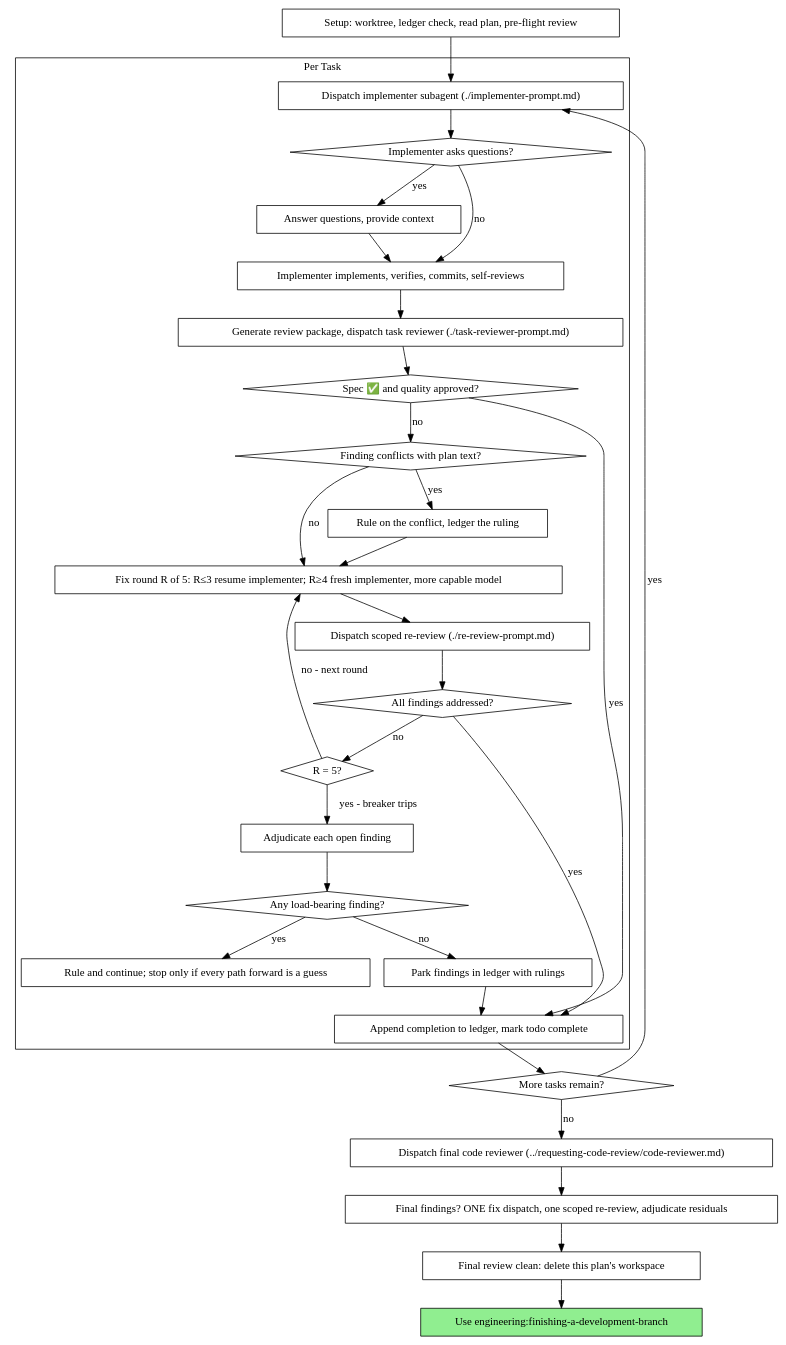
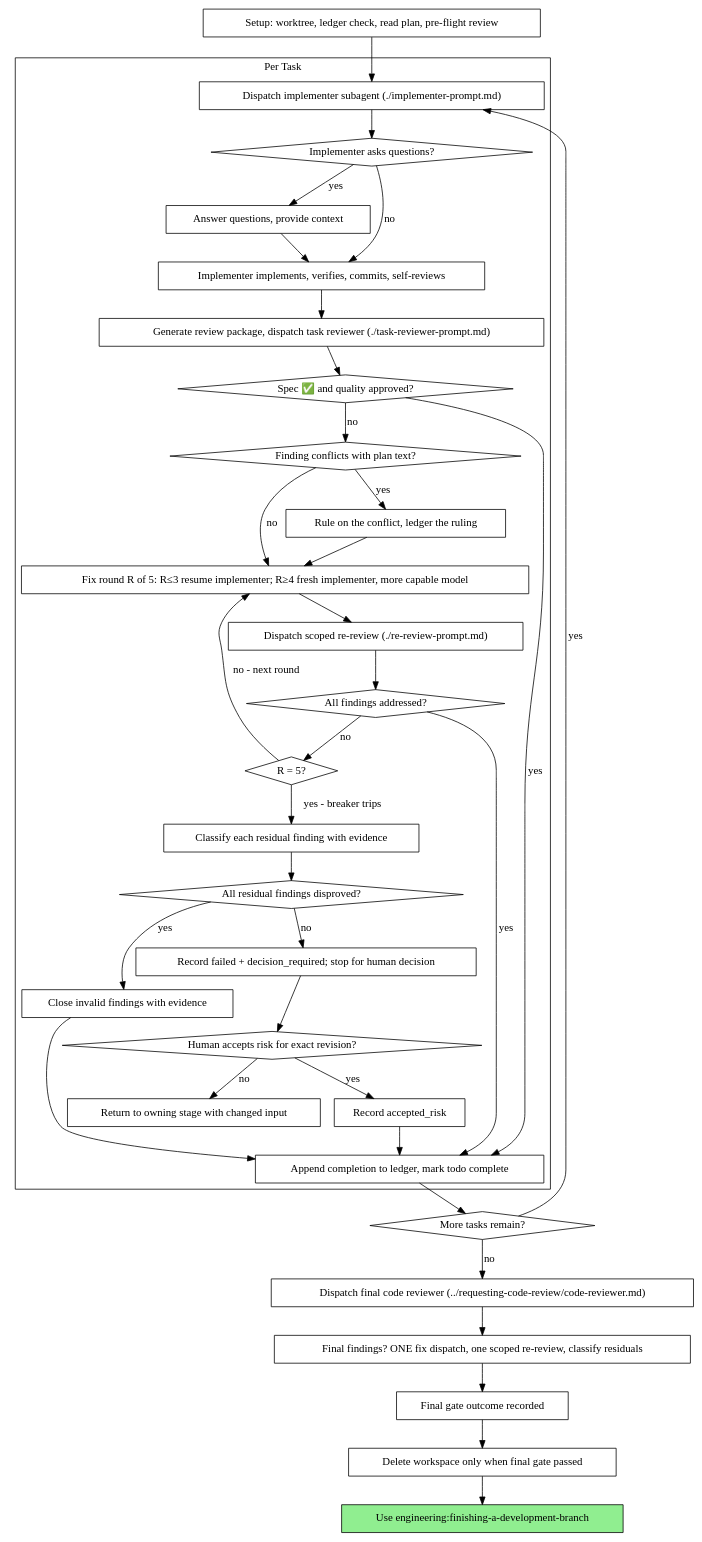
One commit to sonsu-lee/sonsu-marketplace changed the second of 2 diagrams in plugins/engineering/skills/subagent-driven-development/SKILL.md. Above: the diagram before and after it, drawn with Graphviz. The commit also changed other lines of this file and 19 other files, not shown here.

Commit message:
feat(engineering): add stage-owned quality gates

````diff
--- a/plugins/engineering/skills/subagent-driven-development/SKILL.md
+++ b/plugins/engineering/skills/subagent-driven-development/SKILL.md
@@ -65,62 +69,71 @@
 ```dot
 digraph process {
     rankdir=TB;
 
     subgraph cluster_per_task {
         label="Per Task";
         "Dispatch implementer subagent (./implementer-prompt.md)" [shape=box];
         "Implementer asks questions?" [shape=diamond];
         "Answer questions, provide context" [shape=box];
         "Implementer implements, verifies, commits, self-reviews" [shape=box];
         "Generate review package, dispatch task reviewer (./task-reviewer-prompt.md)" [shape=box];
         "Spec ✅ and quality approved?" [shape=diamond];
         "Finding conflicts with plan text?" [shape=diamond];
         "Rule on the conflict, ledger the ruling" [shape=box];
         "Fix round R of 5: R≤3 resume implementer; R≥4 fresh implementer, more capable model" [shape=box];
         "Dispatch scoped re-review (./re-review-prompt.md)" [shape=box];
         "All findings addressed?" [shape=diamond];
         "R = 5?" [shape=diamond];
-        "Adjudicate each open finding" [shape=box];
-        "Any load-bearing finding?" [shape=diamond];
-        "Rule and continue; stop only if every path forward is a guess" [shape=box];
-        "Park findings in ledger with rulings" [shape=box];
+        "Classify each residual finding with evidence" [shape=box];
+        "All residual findings disproved?" [shape=diamond];
+        "Close invalid findings with evidence" [shape=box];
+        "Record failed + decision_required; stop for human decision" [shape=box];
+        "Human accepts risk for exact revision?" [shape=diamond];
+        "Record accepted_risk" [shape=box];
+        "Return to owning stage with changed input" [shape=box];
         "Append completion to ledger, mark todo complete" [shape=box];
     }
 
     "Setup: worktree, ledger check, read plan, pre-flight review" [shape=box];
     "More tasks remain?" [shape=diamond];
     "Dispatch final code reviewer (../requesting-code-review/code-reviewer.md)" [shape=box];
-    "Final findings? ONE fix dispatch, one scoped re-review, adjudicate residuals" [shape=box];
-    "Final review clean: delete this plan's workspace" [shape=box];
+    "Final findings? ONE fix dispatch, one scoped re-review, classify residuals" [shape=box];
+    "Final gate outcome recorded" [shape=box];
+    "Delete workspace only when final gate passed" [shape=box];
     "Use engineering:finishing-a-development-branch" [shape=box style=filled fillcolor=lightgreen];
 
     "Setup: worktree, ledger check, read plan, pre-flight review" -> "Dispatch implementer subagent (./implementer-prompt.md)";
     "Dispatch implementer subagent (./implementer-prompt.md)" -> "Implementer asks questions?";
     "Implementer asks questions?" -> "Answer questions, provide context" [label="yes"];
     "Answer questions, provide context" -> "Implementer implements, verifies, commits, self-reviews";
     "Implementer asks questions?" -> "Implementer implements, verifies, commits, self-reviews" [label="no"];
     "Implementer implements, verifies, commits, self-reviews" -> "Generate review package, dispatch task reviewer (./task-reviewer-prompt.md)";
     "Generate review package, dispatch task reviewer (./task-reviewer-prompt.md)" -> "Spec ✅ and quality approved?";
     "Spec ✅ and quality approved?" -> "Append completion to ledger, mark todo complete" [label="yes"];
     "Spec ✅ and quality approved?" -> "Finding conflicts with plan text?" [label="no"];
     "Finding conflicts with plan text?" -> "Rule on the conflict, ledger the ruling" [label="yes"];
     "Rule on the conflict, ledger the ruling" -> "Fix round R of 5: R≤3 resume implementer; R≥4 fresh implementer, more capable model";
     "Finding conflicts with plan text?" -> "Fix round R of 5: R≤3 resume implementer; R≥4 fresh implementer, more capable model" [label="no"];
     "Fix round R of 5: R≤3 resume implementer; R≥4 fresh implementer, more capable model" -> "Dispatch scoped re-review (./re-review-prompt.md)";
     "Dispatch scoped re-review (./re-review-prompt.md)" -> "All findings addressed?";
     "All findings addressed?" -> "Append completion to ledger, mark todo complete" [label="yes"];
     "All findings addressed?" -> "R = 5?" [label="no"];
     "R = 5?" -> "Fix round R of 5: R≤3 resume implementer; R≥4 fresh implementer, more capable model" [label="no - next round"];
-    "R = 5?" -> "Adjudicate each open finding" [label="yes - breaker trips"];
-    "Adjudicate each open finding" -> "Any load-bearing finding?";
-    "Any load-bearing finding?" -> "Rule and continue; stop only if every path forward is a guess" [label="yes"];
-    "Any load-bearing finding?" -> "Park findings in ledger with rulings" [label="no"];
-    "Park findings in ledger with rulings" -> "Append completion to ledger, mark todo complete";
+    "R = 5?" -> "Classify each residual finding with evidence" [label="yes - breaker trips"];
+    "Classify each residual finding with evidence" -> "All residual findings disproved?";
+    "All residual findings disproved?" -> "Close invalid findings with evidence" [label="yes"];
+    "Close invalid findings with evidence" -> "Append completion to ledger, mark todo complete";
+    "All residual findings disproved?" -> "Record failed + decision_required; stop for human decision" [label="no"];
+    "Record failed + decision_required; stop for human decision" -> "Human accepts risk for exact revision?";
+    "Human accepts risk for exact revision?" -> "Record accepted_risk" [label="yes"];
+    "Record accepted_risk" -> "Append completion to ledger, mark todo complete";
+    "Human accepts risk for exact revision?" -> "Return to owning stage with changed input" [label="no"];
     "Append completion to ledger, mark todo complete" -> "More tasks remain?";
     "More tasks remain?" -> "Dispatch implementer subagent (./implementer-prompt.md)" [label="yes"];
     "More tasks remain?" -> "Dispatch final code reviewer (../requesting-code-review/code-reviewer.md)" [label="no"];
-    "Dispatch final code reviewer (../requesting-code-review/code-reviewer.md)" -> "Final findings? ONE fix dispatch, one scoped re-review, adjudicate residuals";
-    "Final findings? ONE fix dispatch, one scoped re-review, adjudicate residuals" -> "Final review clean: delete this plan's workspace";
-    "Final review clean: delete this plan's workspace" -> "Use engineering:finishing-a-development-branch";
+    "Dispatch final code reviewer (../requesting-code-review/code-reviewer.md)" -> "Final findings? ONE fix dispatch, one scoped re-review, classify residuals";
+    "Final findings? ONE fix dispatch, one scoped re-review, classify residuals" -> "Final gate outcome recorded";
+    "Final gate outcome recorded" -> "Delete workspace only when final gate passed";
+    "Delete workspace only when final gate passed" -> "Use engineering:finishing-a-development-branch";
 }
 ```
````
